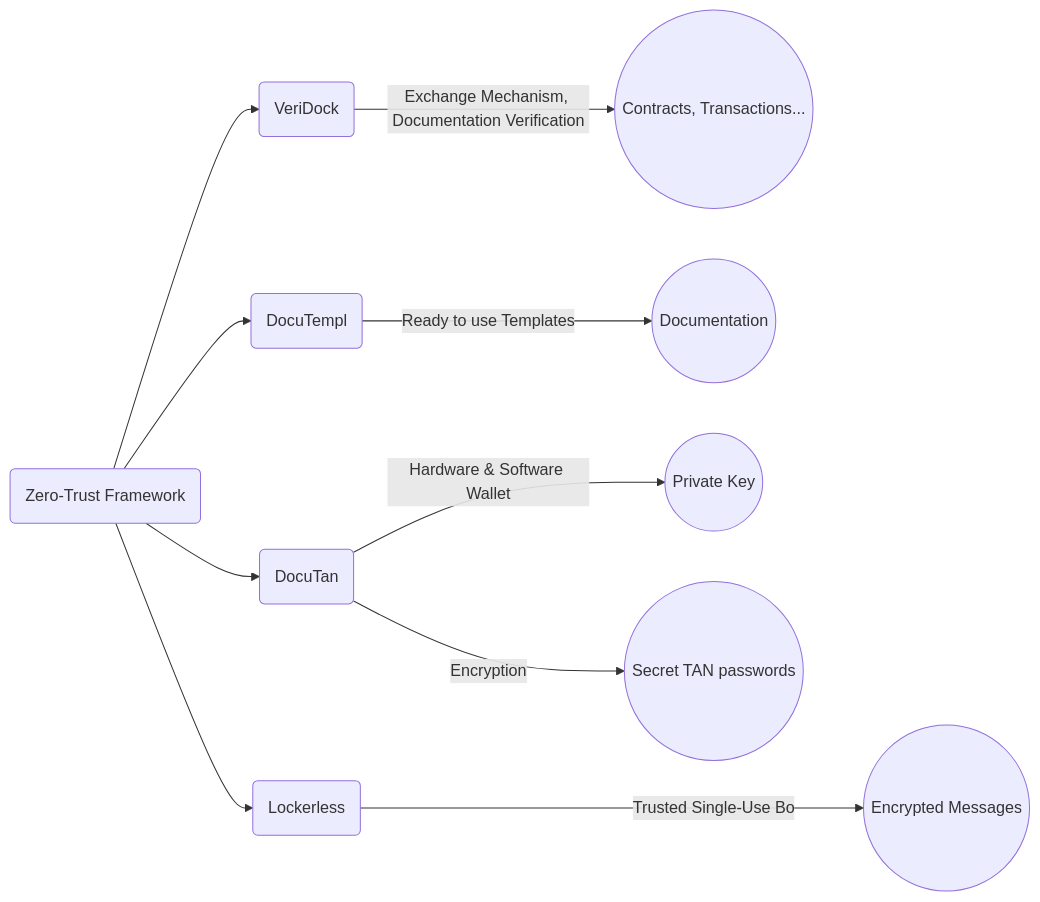
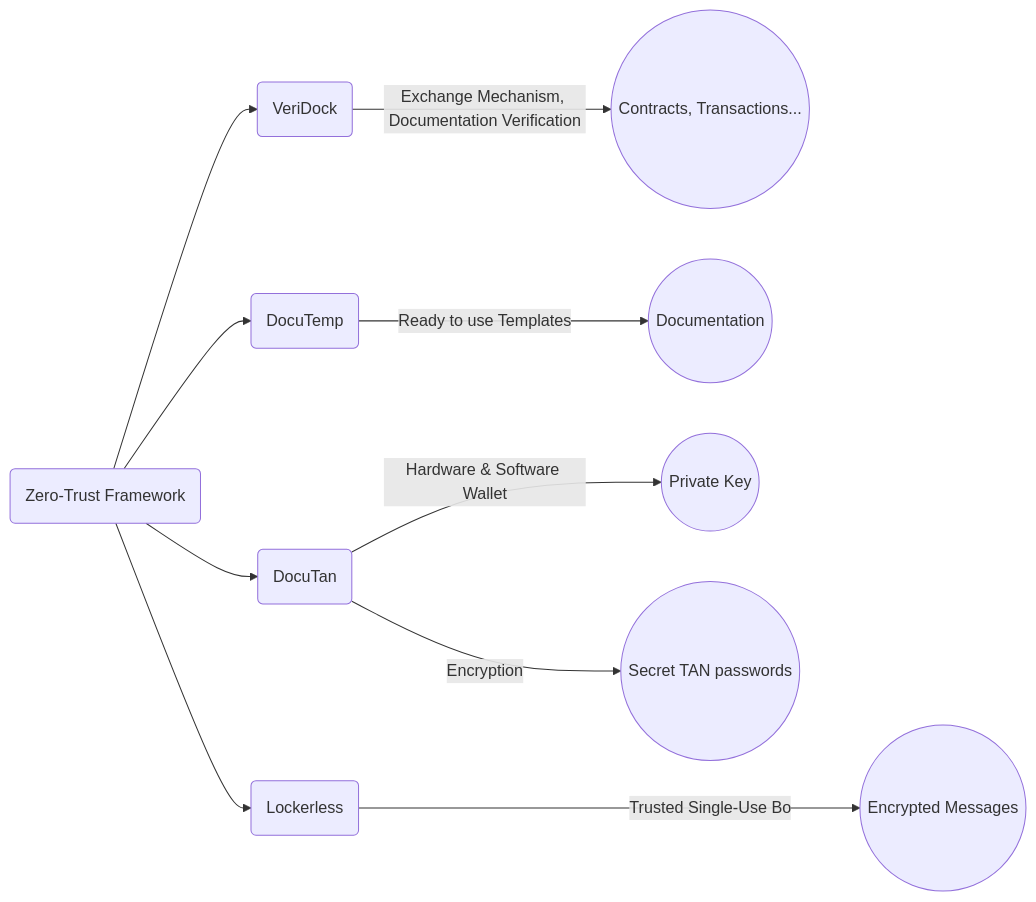
One commit to unleaky/www changed the diagram in README.md. Above: the diagram before and after it, drawn with Mermaid. The commit also changed other lines of this file, not shown here.

````diff
--- a/README.md
+++ b/README.md
@@ -163,12 +162,12 @@
 ```mermaid
 graph LR
     A(Zero-Trust Framework) --> B(VeriDock)
-    A --> C(DocuTempl)
+    A --> C(DocuTemp)
     A --> D(DocuTan)
     A --> E(Lockerless)
     B -- Exchange Mechanism, Documentation Verification--> B1((Contracts, Transactions...))
     C -- Ready to use Templates--> C1((Documentation))
     D -- Hardware & Software Wallet--> D1((Private Key))
     D -- Encryption-->D2((Secret TAN passwords))
     E -- Trusted Single-Use Box--> E1((Encrypted Messages))
 ```
````
